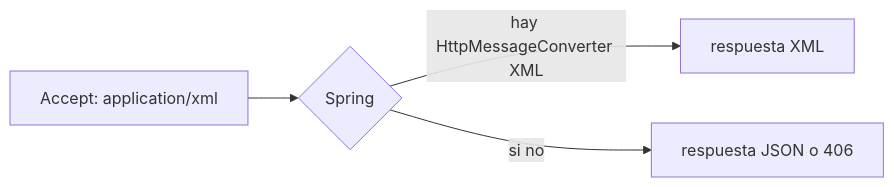
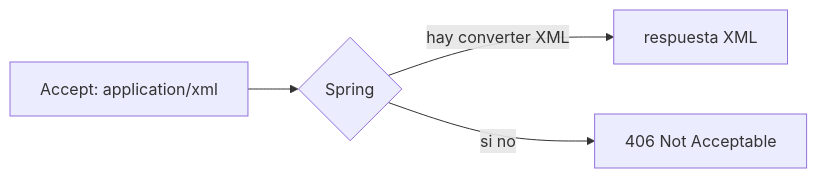
The first of 6 diagrams in Programación/Aprendizaje autodidacta/11_APIRESTMasterclass/teoria/06_Request_Response_Avanzado.md (obiticadev/DAM-2025-26), drawn with Mermaid before and after one commit. The commit also changed other lines of this file and 35 other files, not shown here.

````diff
--- a/Programación/Aprendizaje autodidacta/11_APIRESTMasterclass/teoria/06_Request_Response_Avanzado.md
+++ b/Programación/Aprendizaje autodidacta/11_APIRESTMasterclass/teoria/06_Request_Response_Avanzado.md
@@ -10,6 +37,6 @@
 ```mermaid
 flowchart LR
     R["Accept: application/xml"] --> S{Spring}
-    S -->|hay HttpMessageConverter XML| X[respuesta XML]
-    S -->|si no| J[respuesta JSON o 406]
+    S -->|hay converter XML| X[respuesta XML]
+    S -->|si no| J["406 Not Acceptable"]
 ```
````
